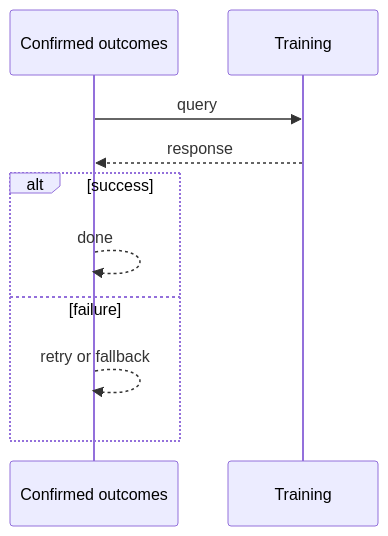
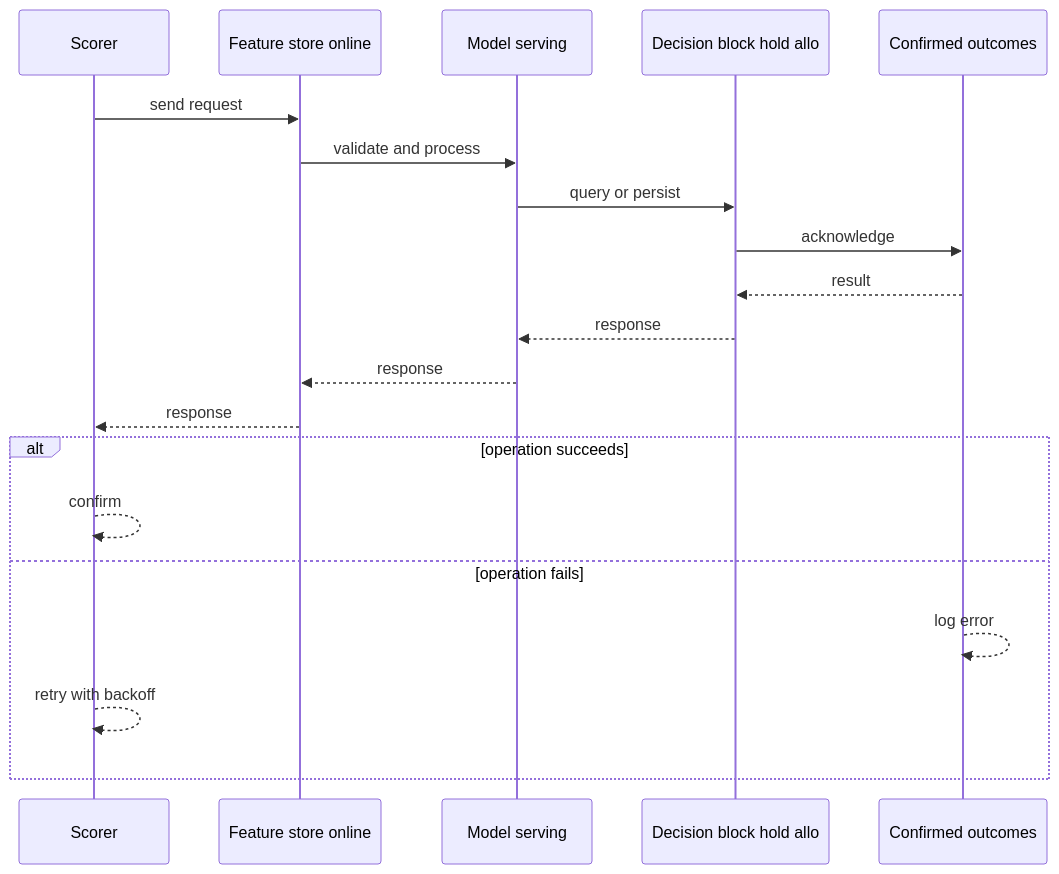
The second of 4 diagrams in case-studies/extreme/fraud-detection.md (RIT-MESH/system-design-mastery), drawn with Mermaid before and after one commit. The commit also changed other lines of this file and 64 other files, not shown here.

````diff
--- a/case-studies/extreme/fraud-detection.md
+++ b/case-studies/extreme/fraud-detection.md
@@ -77,13 +65,23 @@
 ```mermaid
 %% created-for: system-design-mastery
 sequenceDiagram
-  participant P0 as Confirmed outcomes
-  participant P1 as Training
-  P0 ->> P1: query
-  P1 -->> P0: response
-  alt success
-    P0 -->> P0: done
-  else failure
-    P0 -->> P0: retry or fallback
+  participant C0 as Scorer
+  participant C1 as Feature store online
+  participant C2 as Model serving
+  participant C3 as Decision block hold allo
+  participant C4 as Confirmed outcomes
+  C0 ->> C1: send request
+  C1 ->> C2: validate and process
+  C2 ->> C3: query or persist
+  C3 ->> C4: acknowledge
+  C4 -->> C3: result
+  C3 -->> C2: response
+  C2 -->> C1: response
+  C1 -->> C0: response
+  alt operation succeeds
+    C0 -->> C0: confirm
+  else operation fails
+    C4 -->> C4: log error
+    C0 -->> C0: retry with backoff
   end
 ```
````
